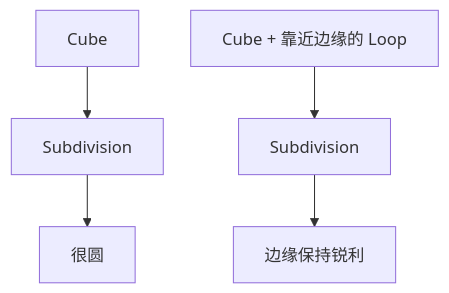
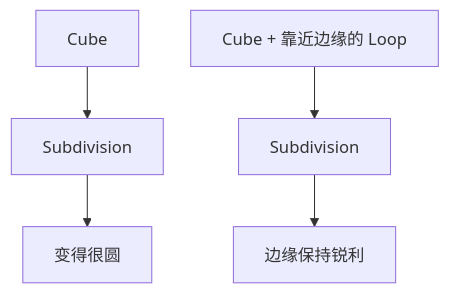
One commit to liuchamp/blenderdsv1 changed the eighth of 12 diagrams in Blender笔记/00-基础/05-环切与拓扑-Ctrl+R.md. Above: the diagram before and after it, drawn with Mermaid. The commit also changed other lines of this file and 16 other files, not shown here.

````diff
--- a/Blender笔记/00-基础/05-环切与拓扑-Ctrl+R.md
+++ b/Blender笔记/00-基础/05-环切与拓扑-Ctrl+R.md
@@ -133,5 +297,5 @@
 ```mermaid
 flowchart TD
-    Cube["Cube"] --> Sub["Subdivision"] --> Smooth["很圆"]
+    Cube["Cube"] --> Sub["Subdivision"] --> Smooth["变得很圆"]
     Cube2["Cube + 靠近边缘的 Loop"] --> Sub2["Subdivision"] --> Hard["边缘保持锐利"]
 ```
````
